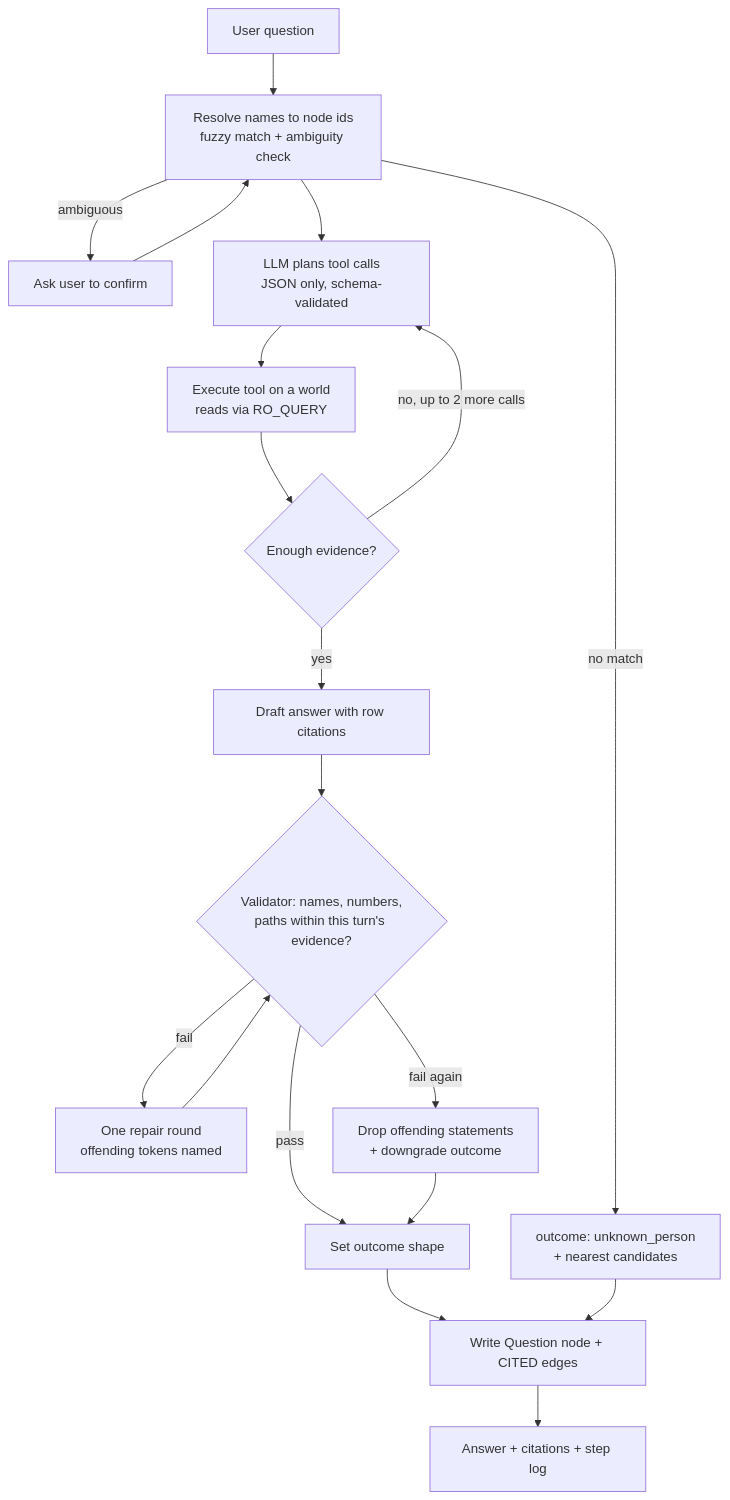
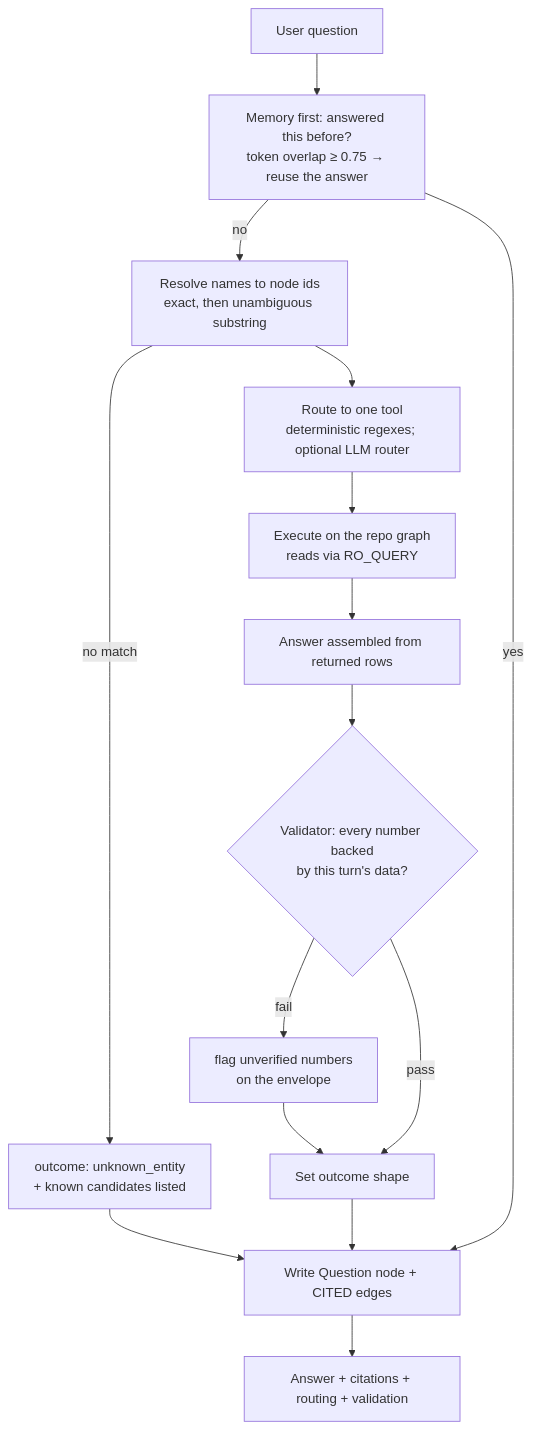
One commit to devnamrits/BusFactor changed the fifth of 5 diagrams in README.md. Above: the diagram before and after it, drawn with Mermaid. The commit also changed other lines of this file and 35 other files, not shown here.

````diff
--- a/README.md
+++ b/README.md
@@ -284,21 +297,17 @@
 ```mermaid
 flowchart TD
-  Q["User question"] --> R["Resolve names to node ids<br/>fuzzy match + ambiguity check"]
-  R -->|"ambiguous"| CF["Ask user to confirm"]
-  CF --> R
-  R -->|"no match"| U["outcome: unknown_person<br/>+ nearest candidates"]
-  R --> P["LLM plans tool calls<br/>JSON only, schema-validated"]
-  P --> E["Execute tool on a world<br/>reads via RO_QUERY"]
-  E --> D{"Enough evidence?"}
-  D -->|"no, up to 2 more calls"| P
-  D -->|"yes"| A["Draft answer with row citations"]
-  A --> V{"Validator: names, numbers,<br/>paths within this turn's evidence?"}
-  V -->|"fail"| RP["One repair round<br/>offending tokens named"]
-  RP --> V
-  V -->|"fail again"| DG["Drop offending statements<br/>+ downgrade outcome"]
+  Q["User question"] --> M["Memory first: answered this before?<br/>token overlap ≥ 0.75 → reuse the answer"]
+  M -->|"no"| R["Resolve names to node ids<br/>exact, then unambiguous substring"]
+  R -->|"no match"| U["outcome: unknown_entity<br/>+ known candidates listed"]
+  R --> P["Route to one tool<br/>deterministic regexes; optional LLM router"]
+  P --> E["Execute on the repo graph<br/>reads via RO_QUERY"]
+  E --> A["Answer assembled from returned rows"]
+  A --> V{"Validator: every number backed<br/>by this turn's data?"}
+  V -->|"fail"| DG["flag unverified numbers<br/>on the envelope"]
   V -->|"pass"| S["Set outcome shape"]
   DG --> S
-  S --> M["Write Question node + CITED edges"]
-  U --> M
-  M --> O["Answer + citations + step log"]
+  S --> W["Write Question node + CITED edges"]
+  M -->|"yes"| W
+  U --> W
+  W --> O["Answer + citations + routing + validation"]
 ```
````
